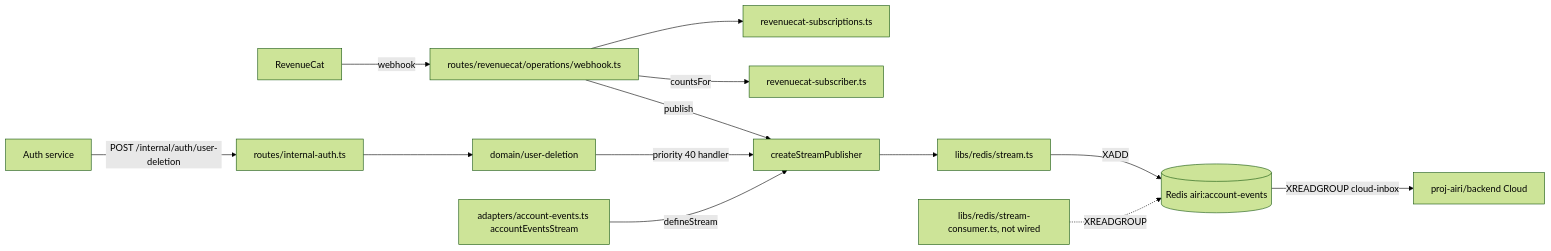
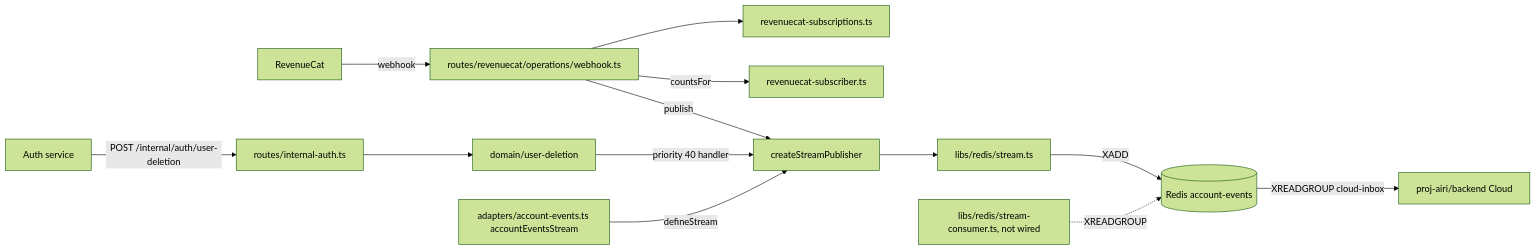
One commit to moeru-ai/airi changed the first of 4 diagrams in server/docs/ai/adr/2026-10-18-account-events-stream.md. Above: the diagram before and after it, drawn with Mermaid (forest theme). The commit also changed other lines of this file and 6 other files, not shown here.

First line of the commit message:
refactor(api): drop the airi prefix from the account events stream key

````diff
--- a/server/docs/ai/adr/2026-10-18-account-events-stream.md
+++ b/server/docs/ai/adr/2026-10-18-account-events-stream.md
@@ -127,15 +127,15 @@
 ```mermaid
 flowchart LR
   RC[RevenueCat] -->|webhook| Webhook[routes/revenuecat/operations/webhook.ts]
   Webhook --> Sync[revenuecat-subscriptions.ts]
   Webhook -->|countsFor| Subscriber[revenuecat-subscriber.ts]
   Webhook -->|publish| Publisher[createStreamPublisher]
   Auth[Auth service] -->|POST /internal/auth/user-deletion| Internal[routes/internal-auth.ts]
   Internal --> Deletion[domain/user-deletion]
   Deletion -->|priority 40 handler| Publisher
   Definition[adapters/account-events.ts accountEventsStream] -->|defineStream| Publisher
   Publisher --> Stream[libs/redis/stream.ts]
-  Stream -->|XADD| Redis[(Redis airi:account-events)]
+  Stream -->|XADD| Redis[(Redis account-events)]
   Consumer[libs/redis/stream-consumer.ts, not wired] -.->|XREADGROUP| Redis
   Redis -->|XREADGROUP cloud-inbox| Cloud[proj-airi/backend Cloud]
 ```
````
